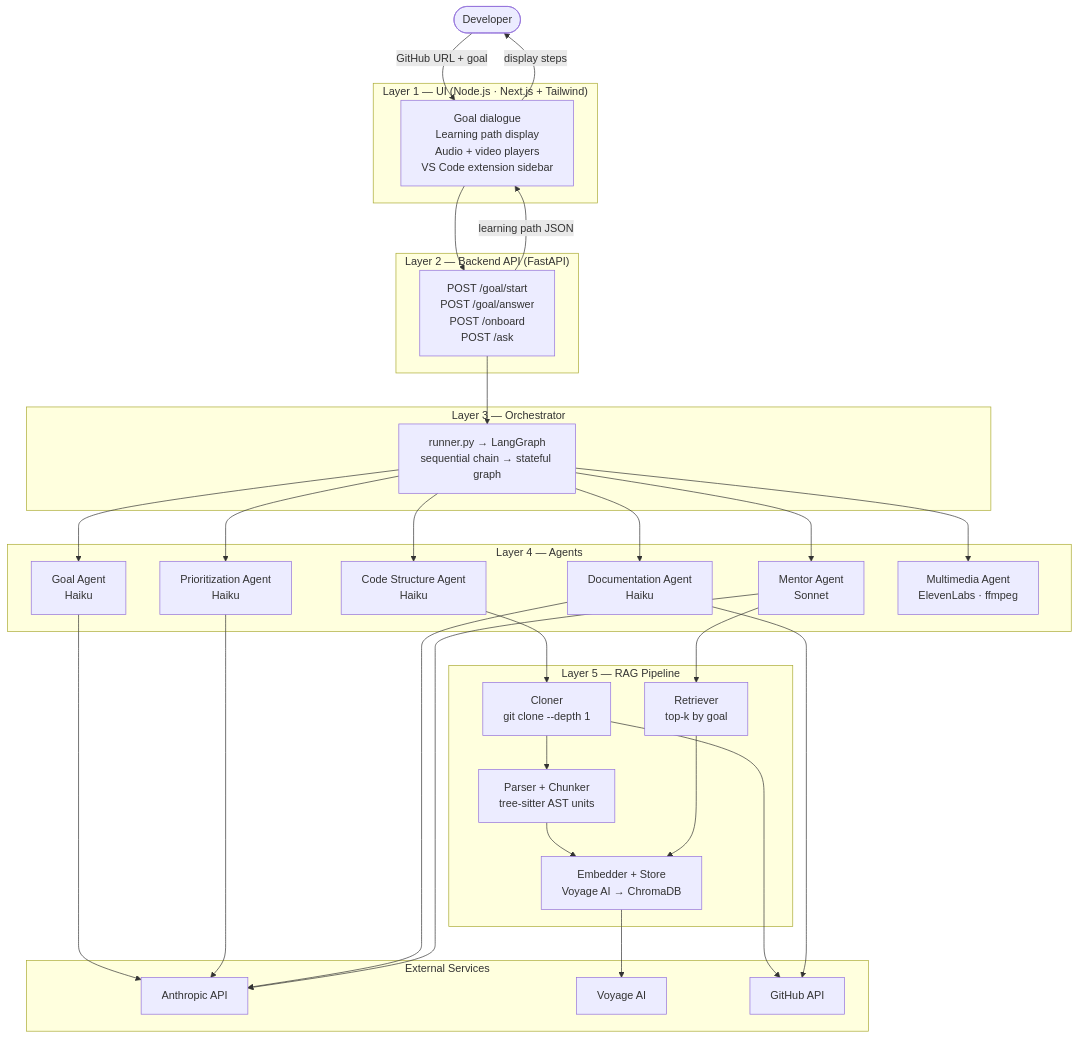
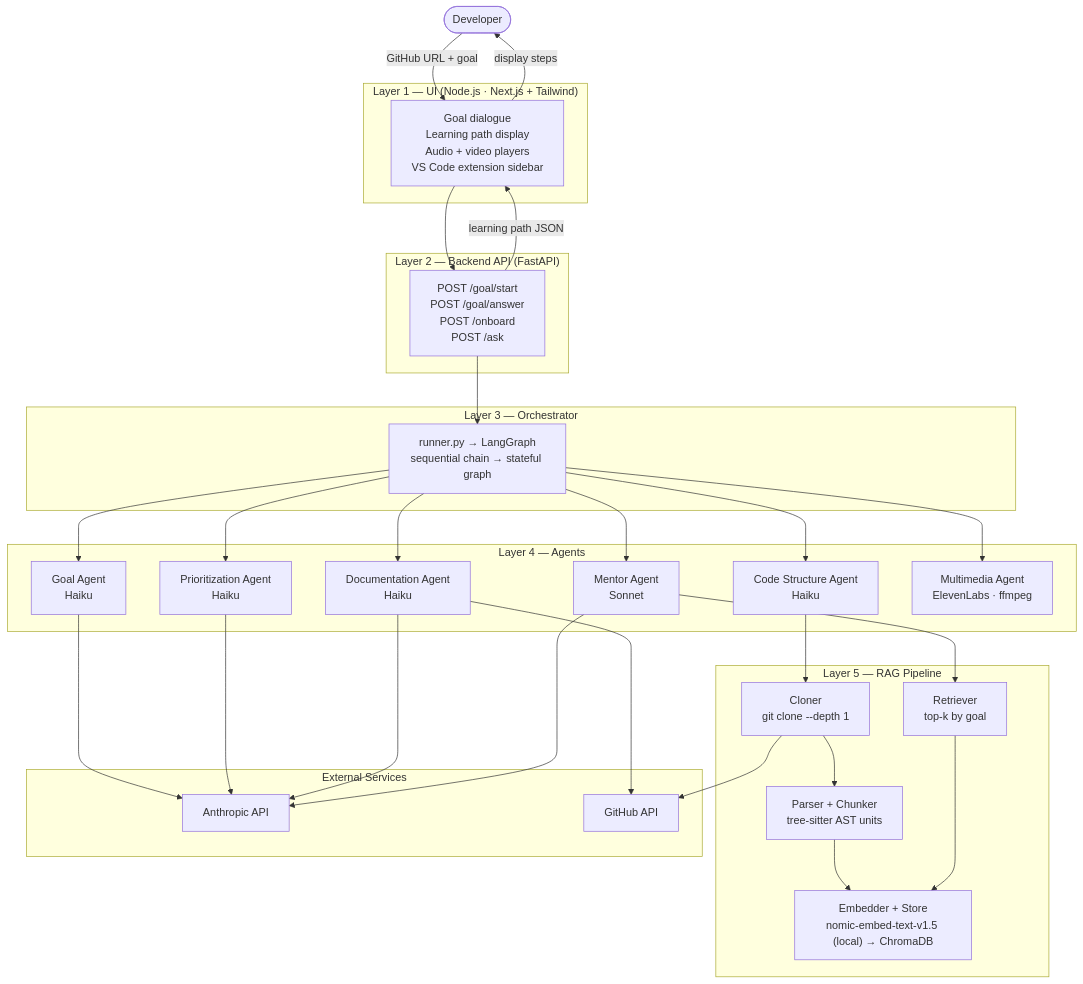
One commit to talziv2/CodeOnboard changed the diagram in docs/design/diagram.md. Above: the diagram before and after it, drawn with Mermaid. The commit also changed other lines of this file and 6 other files, not shown here.

````diff
--- a/docs/design/diagram.md
+++ b/docs/design/diagram.md
@@ -3,67 +3,65 @@
 ```mermaid
 graph TB
     Dev(["Developer"])
 
     subgraph L1["Layer 1 — UI  (Node.js · Next.js + Tailwind)"]
         NextUI["Goal dialogue<br/>Learning path display<br/>Audio + video players<br/>VS Code extension sidebar"]
     end
 
     subgraph L2["Layer 2 — Backend API  (FastAPI)"]
         FAPI["POST /goal/start<br/>POST /goal/answer<br/>POST /onboard<br/>POST /ask"]
     end
 
     subgraph L3["Layer 3 — Orchestrator"]
         Orch["runner.py → LangGraph<br/>sequential chain → stateful graph"]
     end
 
     subgraph L4["Layer 4 — Agents"]
         GA["Goal Agent<br/>Haiku"]
         CSA["Code Structure Agent<br/>Haiku"]
         PRA["Prioritization Agent<br/>Haiku"]
         DA["Documentation Agent<br/>Haiku"]
         PA["Mentor Agent<br/>Sonnet"]
         MA["Multimedia Agent<br/>ElevenLabs · ffmpeg"]
     end
 
     subgraph L5["Layer 5 — RAG Pipeline"]
         Cln["Cloner<br/>git clone --depth 1"]
         Parse["Parser + Chunker<br/>tree-sitter AST units"]
-        Embed["Embedder + Store<br/>Voyage AI → ChromaDB"]
+        Embed["Embedder + Store<br/>nomic-embed-text-v1.5 (local) → ChromaDB"]
         Ret["Retriever<br/>top-k by goal"]
     end
 
     subgraph Ext["External Services"]
         Anth["Anthropic API"]
-        Voy["Voyage AI"]
         GH["GitHub API"]
     end
 
     Dev -->|"GitHub URL + goal"| NextUI
     NextUI --> FAPI
     FAPI --> Orch
 
     Orch --> GA
     GA --> Anth
     Orch --> CSA
     CSA --> Cln
     Cln --> GH
     Cln --> Parse
     Parse --> Embed
-    Embed --> Voy
 
     Orch --> PRA
     PRA --> Anth
     Orch --> DA
     DA --> GH
     DA --> Anth
 
     Orch --> PA
     PA --> Ret
     Ret --> Embed
     PA --> Anth
 
     Orch --> MA
 
     FAPI -->|"learning path JSON"| NextUI
     NextUI -->|"display steps"| Dev
 ```
````
